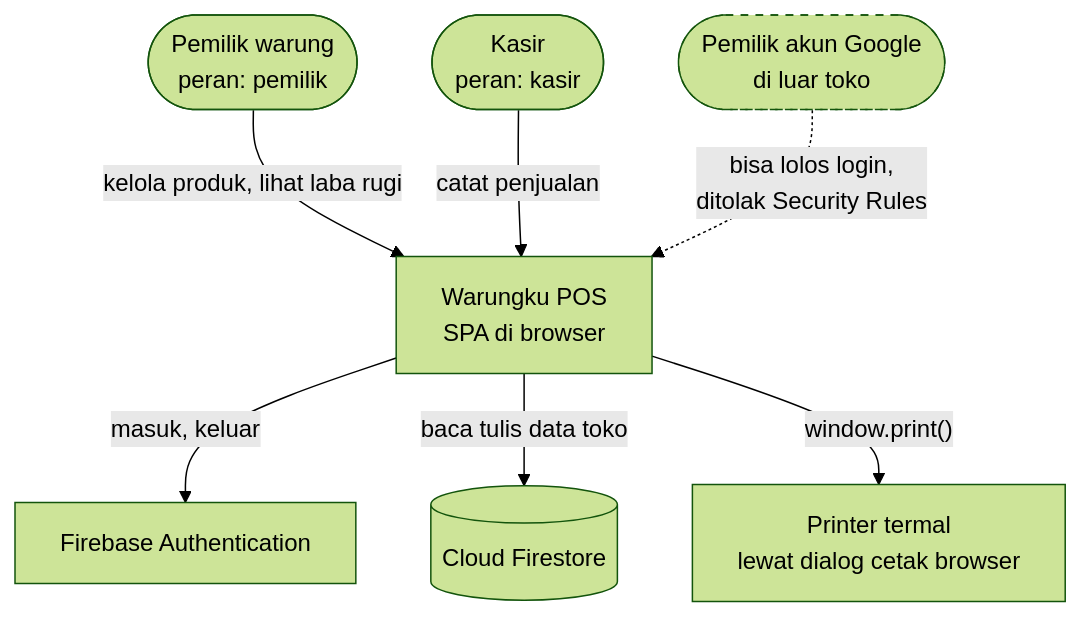
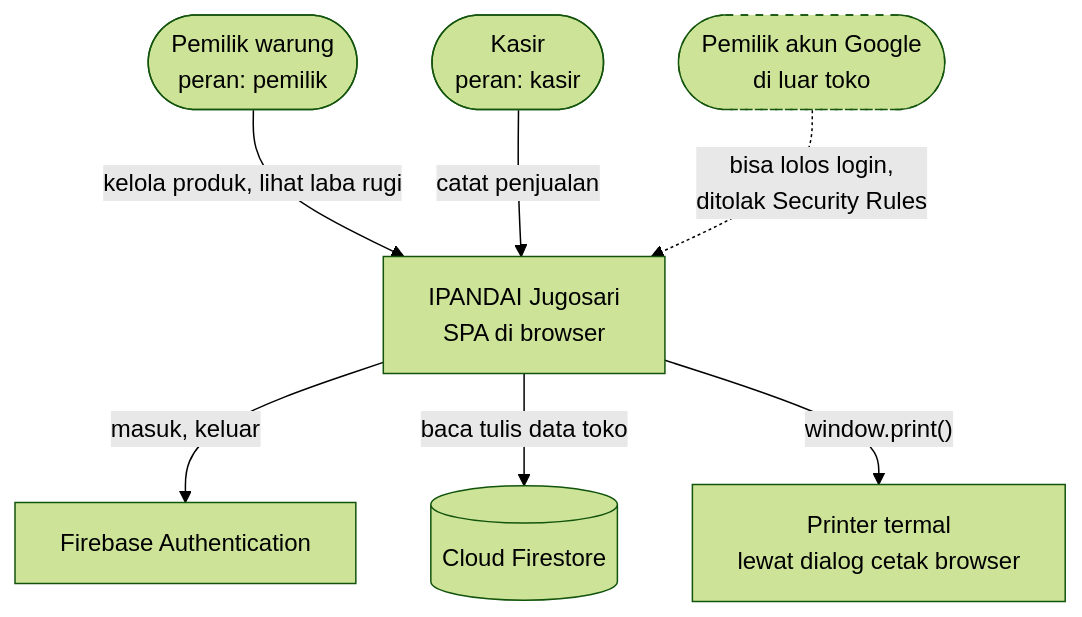
Before and after one commit to nadhimc/simple-pos-kkn-agung: the first of 5 diagrams in docs/arsitektur.md, drawn with Mermaid (forest theme). The commit also changed 5 other files, not shown here.

First line of the commit message:
feat: rename the service to IPANDAI Jugosari

````diff
--- a/docs/arsitektur.md
+++ b/docs/arsitektur.md
@@ -9,23 +9,23 @@
 ```mermaid
 flowchart TB
   owner(["Pemilik warung<br/>peran: pemilik"])
   cashier(["Kasir<br/>peran: kasir"])
   stranger(["Pemilik akun Google<br/>di luar toko"])
 
-  app["Warungku POS<br/>SPA di browser"]
+  app["IPANDAI Jugosari<br/>SPA di browser"]
 
   auth["Firebase Authentication"]
   store[("Cloud Firestore")]
   printer["Printer termal<br/>lewat dialog cetak browser"]
 
   owner -->|"kelola produk, lihat laba rugi"| app
   cashier -->|"catat penjualan"| app
   stranger -.->|"bisa lolos login,<br/>ditolak Security Rules"| app
 
   app -->|"masuk, keluar"| auth
   app -->|"baca tulis data toko"| store
   app -->|"window.print()"| printer
 
   classDef denied stroke-dasharray: 5 5
   class stranger denied
 ```
````
